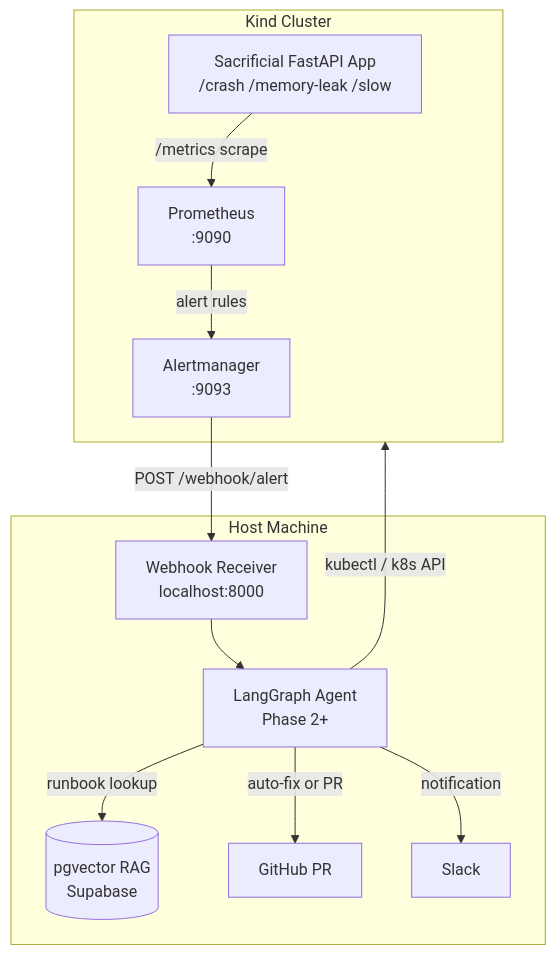
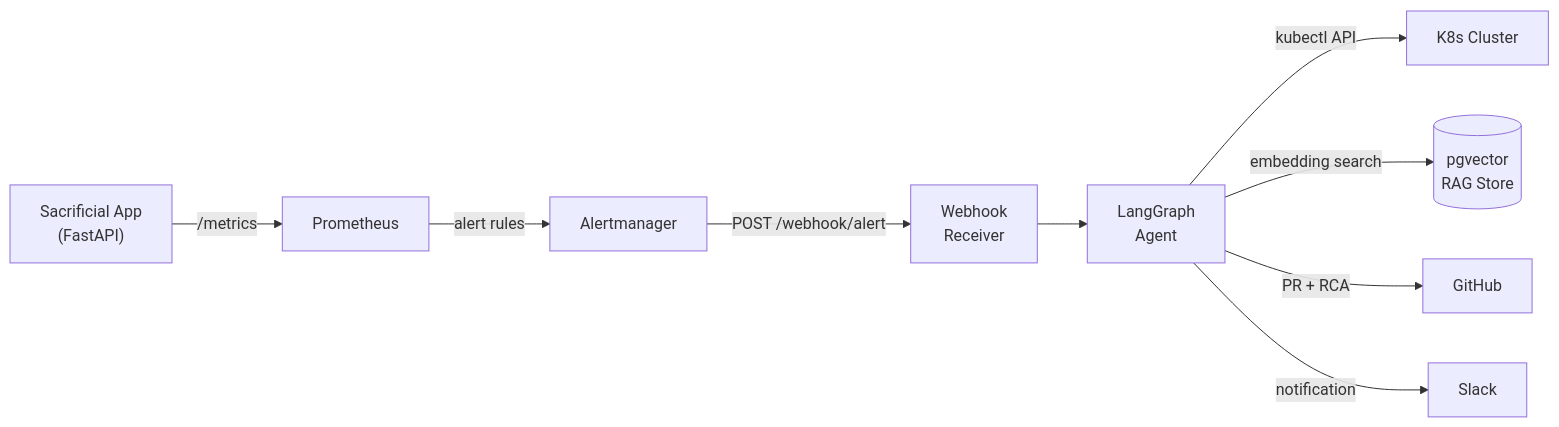
One commit to vivekanjana76/kubesentinel changed the diagram in README.md. Above: the diagram before and after it, drawn with Mermaid. The commit also changed other lines of this file, not shown here.

````diff
--- a/README.md
+++ b/README.md
@@ -11,25 +20,11 @@
 ```mermaid
-flowchart TD
-    subgraph Cluster["Kind Cluster"]
-        SA[Sacrificial FastAPI App\n/crash /memory-leak /slow]
-        PM[Prometheus\n:9090]
-        AM[Alertmanager\n:9093]
-        SA -->|/metrics scrape| PM
-        PM -->|alert rules| AM
-    end
-
-    subgraph Host["Host Machine"]
-        WH[Webhook Receiver\nlocalhost:8000]
-        AG[LangGraph Agent\nPhase 2+]
-        RAG[(pgvector RAG\nSupabase)]
-        GH[GitHub PR]
-        SL[Slack]
-    end
-
-    AM -->|POST /webhook/alert| WH
-    WH --> AG
-    AG -->|kubectl / k8s API| Cluster
-    AG -->|runbook lookup| RAG
-    AG -->|auto-fix or PR| GH
-    AG -->|notification| SL
+flowchart LR
+    SA["Sacrificial App<br/>(FastAPI)"] -->|"/metrics"| PM["Prometheus"]
+    PM -->|"alert rules"| AM["Alertmanager"]
+    AM -->|"POST /webhook/alert"| WH["Webhook<br/>Receiver"]
+    WH --> AG["LangGraph<br/>Agent"]
+    AG -->|"kubectl API"| K8s["K8s Cluster"]
+    AG -->|"embedding search"| RAG[("pgvector<br/>RAG Store")]
+    AG -->|"PR + RCA"| GH["GitHub"]
+    AG -->|"notification"| SL["Slack"]
 ```
````
